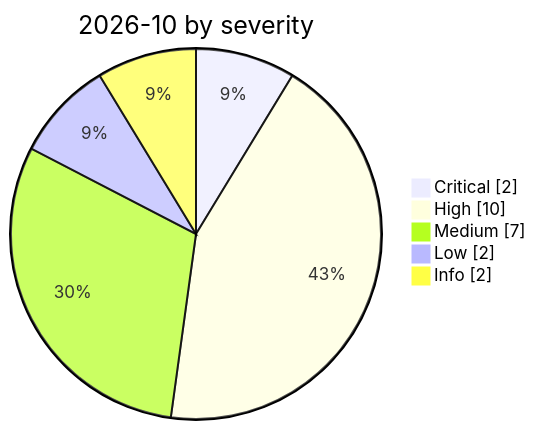
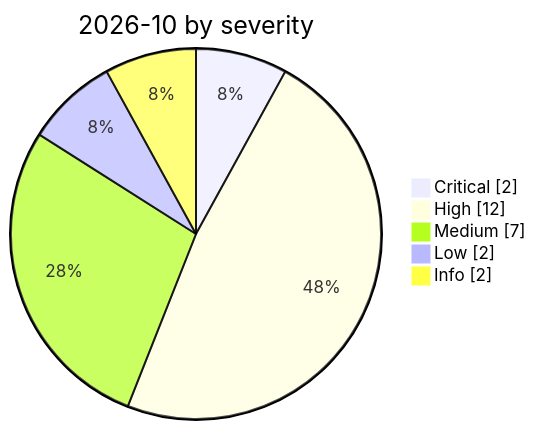
One commit to Continuum-AI-Corp/Orca-AI-Incident-Archive changed the diagram in incidents/2026-10/README.md. Above: the diagram before and after it, drawn with Mermaid. The commit also changed other lines of this file and 30 other files, not shown here.

````diff
--- a/incidents/2026-10/README.md
+++ b/incidents/2026-10/README.md
@@ -8,9 +8,9 @@
 ```mermaid
 pie showData
     title 2026-10 by severity
     "Critical" : 2
-    "High" : 10
+    "High" : 12
     "Medium" : 7
     "Low" : 2
     "Info" : 2
 ```
````
